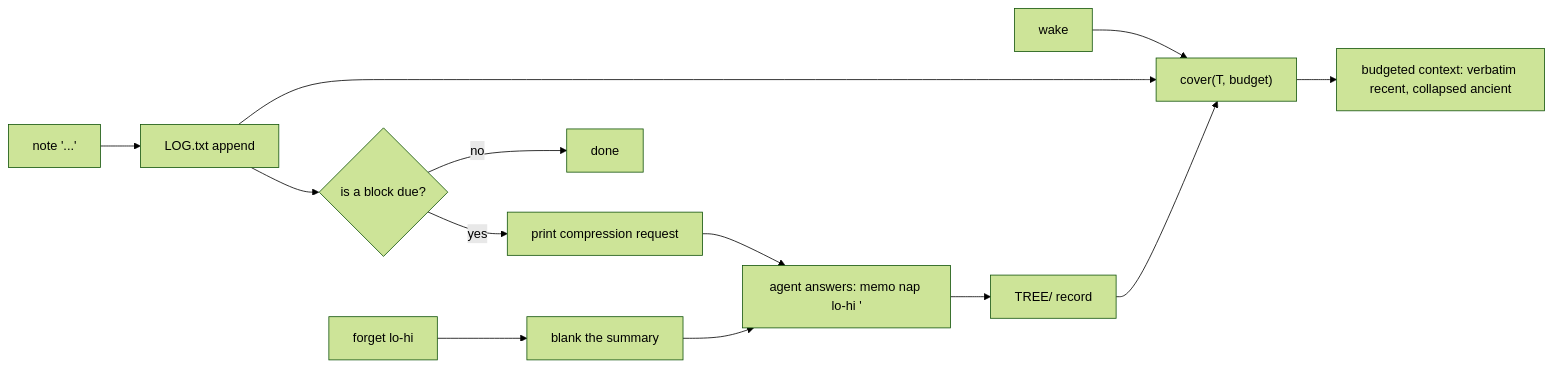
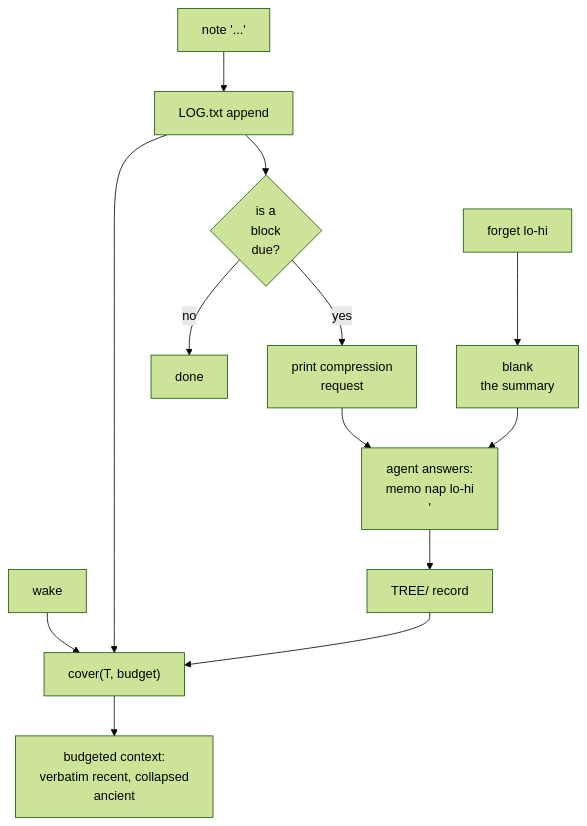
Before and after one commit to neoneye/agent-memory-atlas: the diagram in content/systems/optmem.md, drawn with Mermaid (forest theme). The commit also changed 99 other files, not shown here.

First line of the commit message:
Reshape the remaining 49 diagrams so their labels are legible

````diff
--- a/content/systems/optmem.md
+++ b/content/systems/optmem.md
@@ -119,15 +119,15 @@
 ```mermaid
-flowchart LR
+flowchart TD
   N["note '...'"] --> L["LOG.txt append"]
-  L --> P{"is a block due?"}
-  P -->|yes| Req["print compression request"]
-  Req --> A["agent answers: memo nap lo-hi '<line>'"]
+  L --> P{"is a<br/>block<br/>due?"}
+  P -->|yes| Req["print compression<br/>request"]
+  Req --> A["agent answers:<br/>memo nap lo-hi<br/>'<line>'"]
   A --> T["TREE/<size> record"]
   P -->|no| Done["done"]
   W["wake"] --> C["cover(T, budget)"]
   L --> C
   T --> C
-  C --> Out["budgeted context: verbatim recent, collapsed ancient"]
-  F["forget lo-hi"] --> Drop["blank the summary"]
+  C --> Out["budgeted context:<br/>verbatim recent, collapsed<br/>ancient"]
+  F["forget lo-hi"] --> Drop["blank<br/>the summary"]
   Drop --> A
 ```
````
